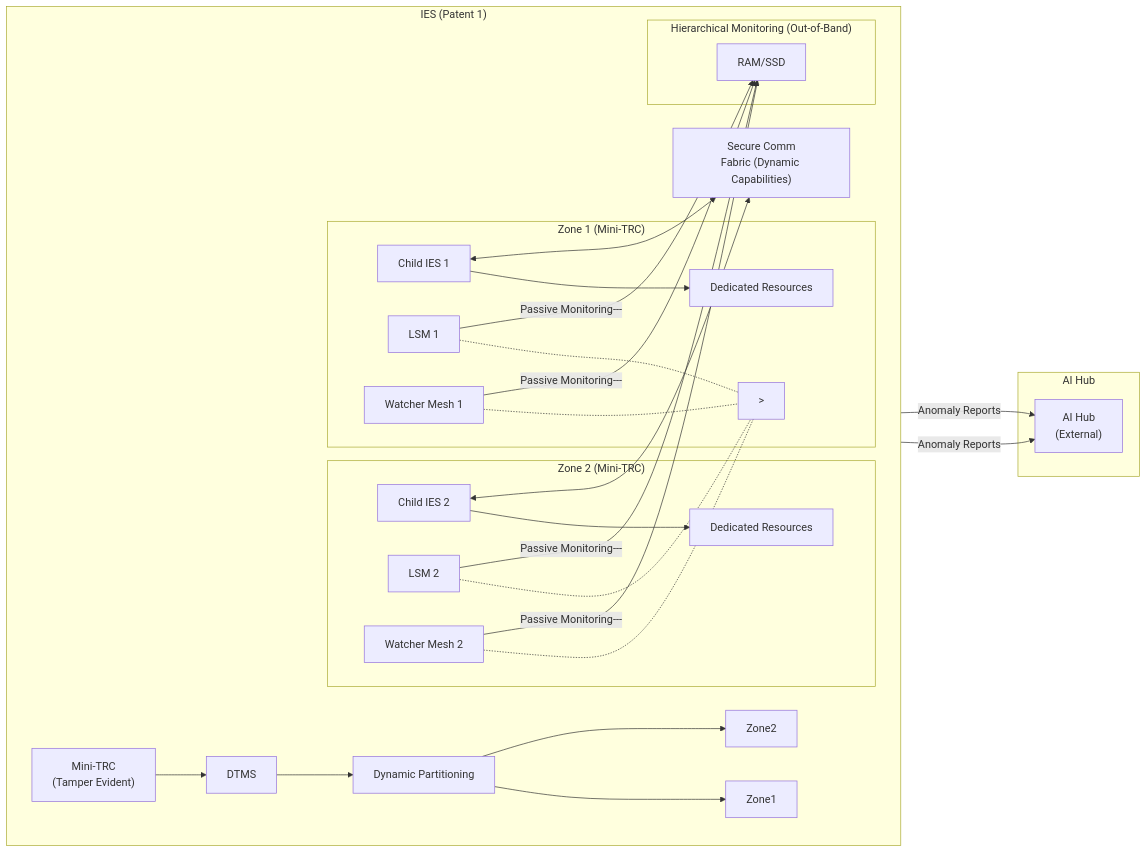
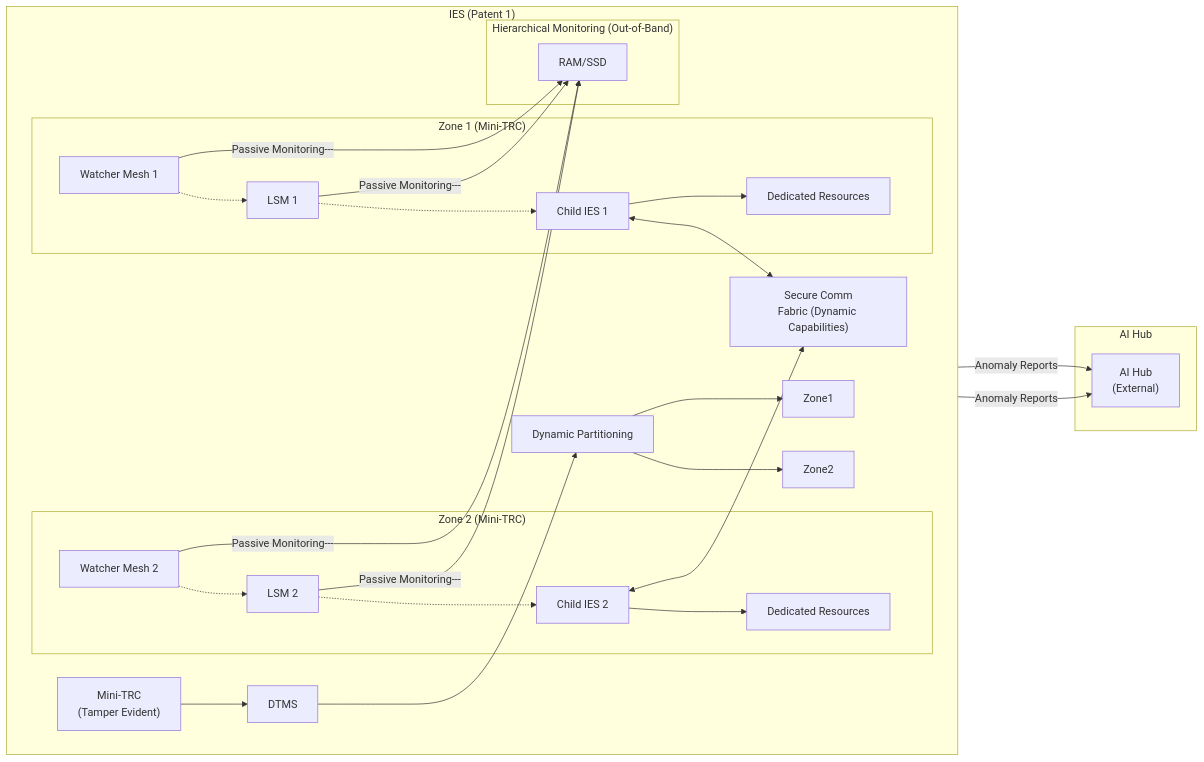
The first of 5 diagrams in 6.md (nshkrdotcom/ASKA), drawn with Mermaid before and after one commit. The commit also changed other lines of this file and 1 other file, not shown here.

````diff
--- a/6.md
+++ b/6.md
@@ -82,35 +82,35 @@
 ```mermaid
 graph LR
     subgraph "IES (Patent 1)"
         direction LR
         subgraph "Zone 1 (Mini-TRC)"
             ChildIES1[Child IES 1] --> Resources1["Dedicated Resources"]
-            LSM1["LSM 1"] -.-&gt; ChildIES1
-            Watcher1["Watcher Mesh 1"] -.-&gt; LSM1
+            LSM1["LSM 1"] -.-> ChildIES1
+            Watcher1["Watcher Mesh 1"] -.-> LSM1
         end
 
         subgraph "Zone 2 (Mini-TRC)"
             ChildIES2[Child IES 2] --> Resources2["Dedicated Resources"]
-            LSM2["LSM 2"] -.-&gt; ChildIES2
-            Watcher2["Watcher Mesh 2"] -.-&gt; LSM2
+            LSM2["LSM 2"] -.-> ChildIES2
+            Watcher2["Watcher Mesh 2"] -.-> LSM2
         end
 
         ChildIES1 <--> CommFabric["Secure Comm<br>Fabric (Dynamic Capabilities)"]
         ChildIES2 <--> CommFabric
         DTMS["DTMS"] --> Partitioning["Dynamic Partitioning"]
         MiniTRC["Mini-TRC<br>(Tamper Evident)"] --> DTMS
         Partitioning --> Zone1 & Zone2
 
         subgraph "Hierarchical Monitoring (Out-of-Band)"
             LSM1 -->|"Passive Monitoring"---| RAMSSD["RAM/SSD"]
             LSM2 -->|"Passive Monitoring"---| RAMSSD
             Watcher1 -->|"Passive Monitoring"---| RAMSSD
             Watcher2 -->|"Passive Monitoring"---| RAMSSD
         end
     end
     subgraph "AI Hub"
         AIHub["AI Hub <br>(External)"]
             Watcher1 --"Anomaly Reports"--> AIHub
         Watcher2 --"Anomaly Reports"--> AIHub
     end
 ```
````
